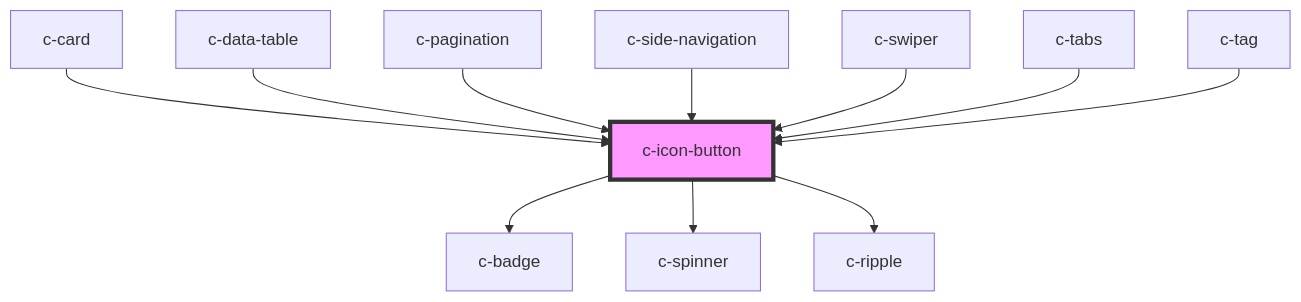
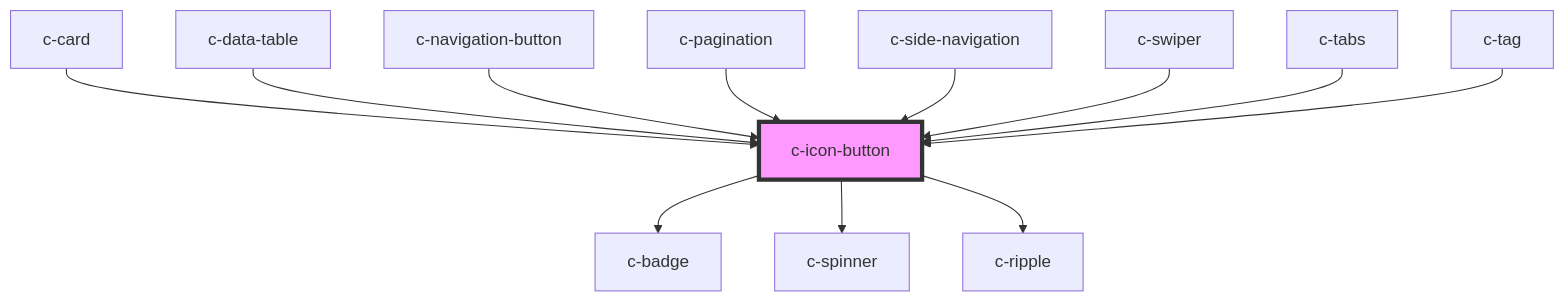
Before and after one commit to CSCfi/ui: the diagram in packages/csc-ui/src/components/c-icon-button/readme.md, drawn with Mermaid. The commit also changed other lines of this file and 4 other files, not shown here.

Commit message:
Use c-icon-button in navigation button

````diff
--- a/packages/csc-ui/src/components/c-icon-button/readme.md
+++ b/packages/csc-ui/src/components/c-icon-button/readme.md
@@ -163,14 +164,15 @@
 ```mermaid
 graph TD;
   c-icon-button --> c-badge
   c-icon-button --> c-spinner
   c-icon-button --> c-ripple
   c-card --> c-icon-button
   c-data-table --> c-icon-button
+  c-navigation-button --> c-icon-button
   c-pagination --> c-icon-button
   c-side-navigation --> c-icon-button
   c-swiper --> c-icon-button
   c-tabs --> c-icon-button
   c-tag --> c-icon-button
   style c-icon-button fill:#f9f,stroke:#333,stroke-width:4px
 ```
````
